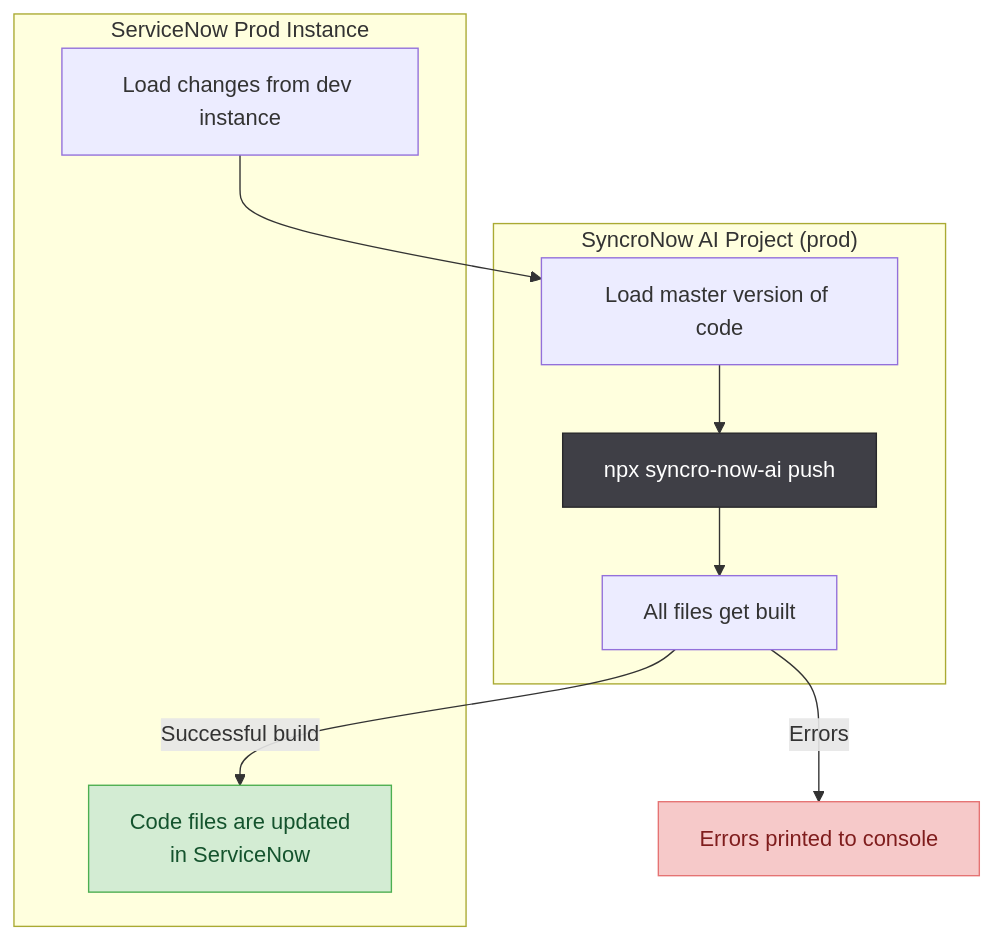
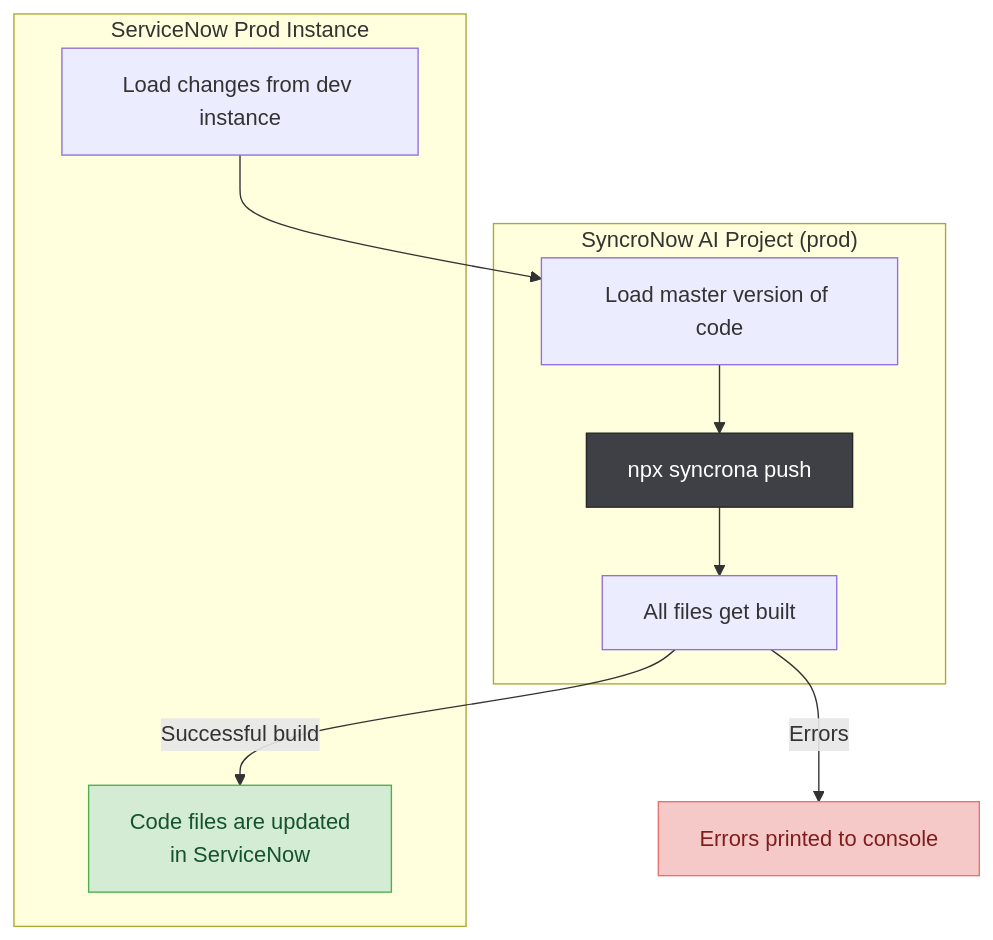
The second of 2 diagrams in README.md (IvanBBaev/syncrona), drawn with Mermaid before and after one commit. The commit also changed other lines of this file and 157 other files, not shown here.

First line of the commit message:
chore: rename npm identifier syncro-now-ai -> syncrona

````diff
--- a/README.md
+++ b/README.md
@@ -433,22 +433,22 @@
 ```mermaid
 flowchart TD
     subgraph SN["ServiceNow Prod Instance"]
         L["Load changes from dev instance"]
         U["Code files are updated<br/>in ServiceNow"]:::ok
     end
 
     subgraph SY["SyncroNow AI Project (prod)"]
         LM["Load master version of code"]
-        PUSH["npx syncro-now-ai push"]:::cmd
+        PUSH["npx syncrona push"]:::cmd
         AB["All files get built"]
         LM --> PUSH --> AB
     end
 
     L --> LM
     AB -->|Successful build| U
     AB -->|Errors| ERR2["Errors printed to console"]:::err
 
     classDef cmd fill:#3f3f46,color:#ffffff,stroke:#27272a;
     classDef ok fill:#d3ecd3,color:#14532d,stroke:#4caf50;
     classDef err fill:#f6c9c9,color:#7f1d1d,stroke:#e57373;
 ```
````
